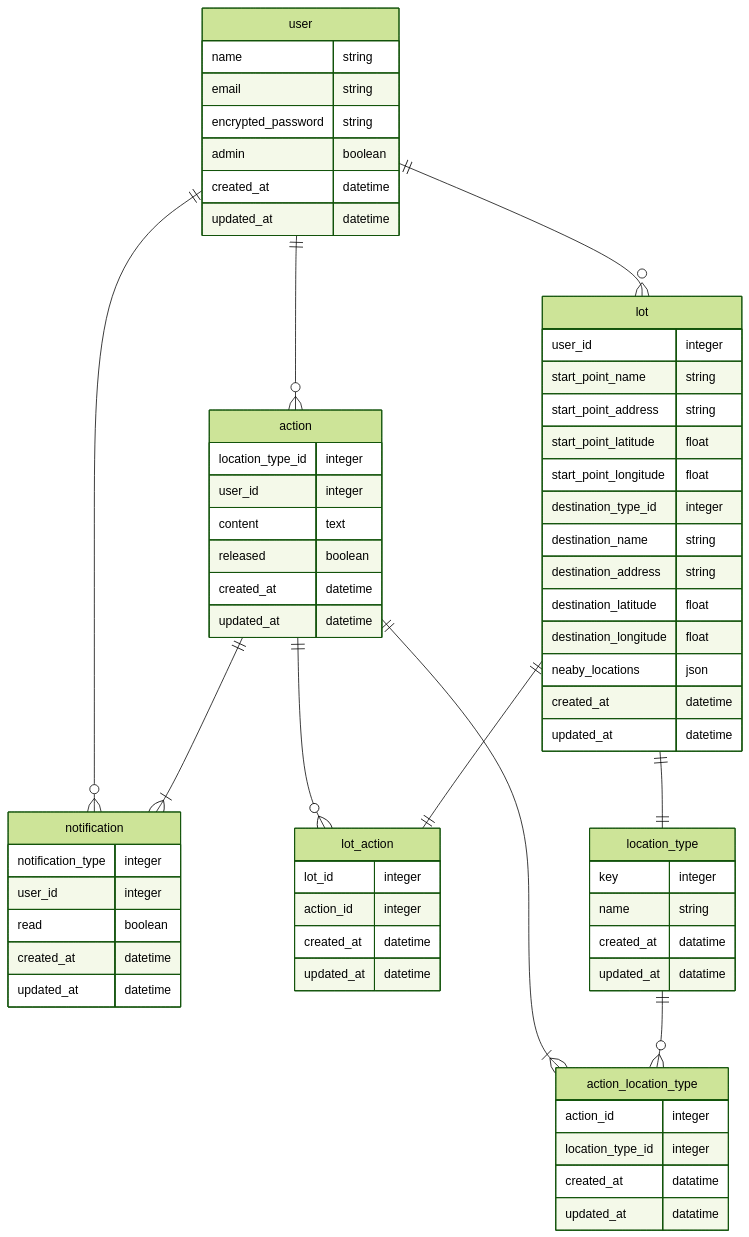
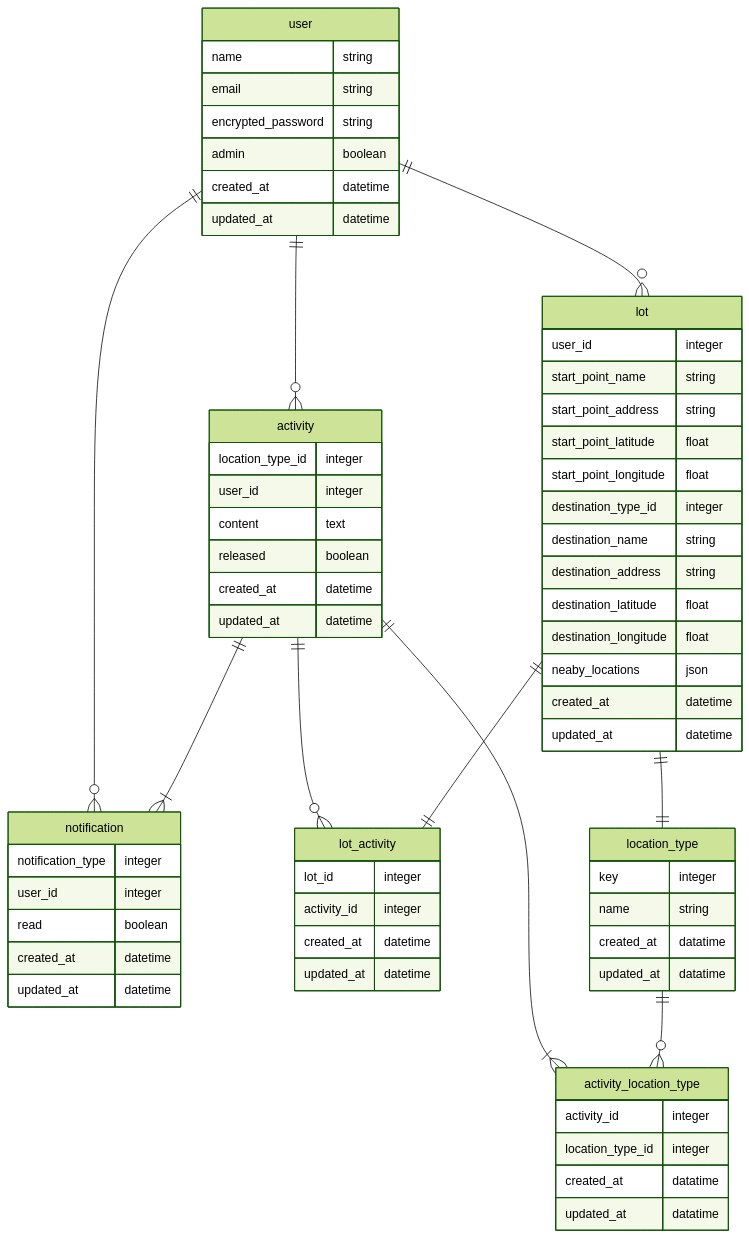
Before and after one commit to satoshitodaka/my_portfolio: the diagram in 散歩くじ/summary.md, drawn with Mermaid (forest theme). The commit also changed other lines of this file, not shown here.

````diff
--- a/散歩くじ/summary.md
+++ b/散歩くじ/summary.md
@@ -88,77 +88,77 @@
 ```mermaid
 erDiagram
 
 
-user ||--o{ action: ""
+user ||--o{ activity: ""
 user ||--o{ lot: ""
 user ||--o{ notification: ""
-action ||--|{ action_location_type: ""
-action ||--o{ lot_action: ""
-action ||--|{ notification: ""
-location_type ||--o{ action_location_type: ""
+activity ||--|{ activity_location_type: ""
+activity ||--o{ lot_activity: ""
+activity ||--|{ notification: ""
+location_type ||--o{ activity_location_type: ""
 lot ||--|| location_type: ""
-lot ||--|| lot_action: ""
+lot ||--|| lot_activity: ""
 
 user {
     name string
     email string
     encrypted_password string
     admin boolean
     created_at datetime
     updated_at datetime
 }
 
 lot {
     user_id integer
     start_point_name string
     start_point_address string
     start_point_latitude float
     start_point_longitude float
     destination_type_id integer
     destination_name string
     destination_address string
     destination_latitude float
     destination_longitude float
     neaby_locations json
     created_at datetime
     updated_at datetime
 }
 
-action {
+activity {
   location_type_id integer
   user_id integer
   content text
   released boolean
   created_at datetime
   updated_at datetime
 }
 
-lot_action {
+lot_activity {
   lot_id integer
-  action_id integer
+  activity_id integer
   created_at datetime
   updated_at datetime
 }
 
 location_type {
   key integer
   name string
   created_at datatime
   updated_at datatime
 }
 
-action_location_type {
-  action_id integer
+activity_location_type {
+  activity_id integer
   location_type_id integer
   created_at datatime
   updated_at datatime
 }
 
 notification {
   notification_type integer
   user_id integer
   read boolean
   created_at datetime
   updated_at datetime
 }
 ```
````
